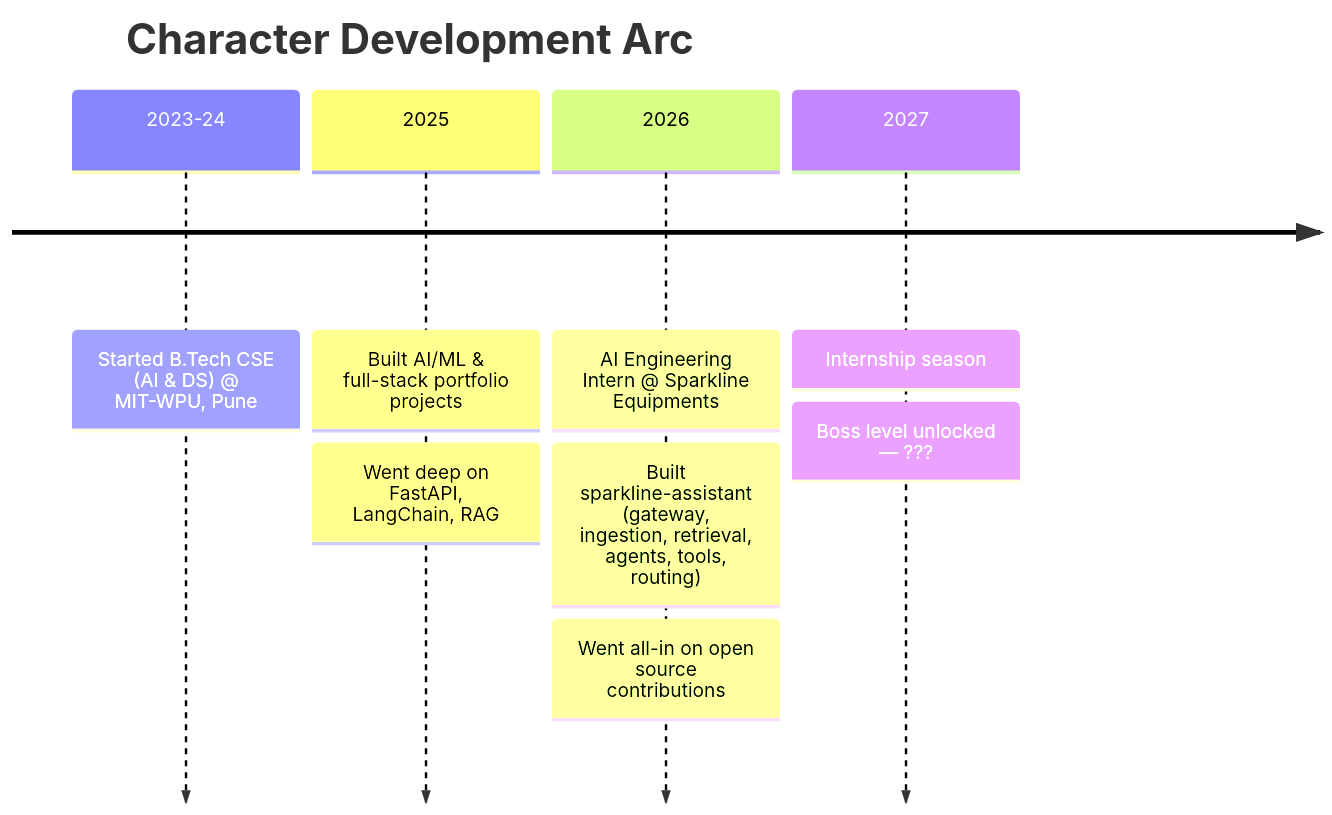
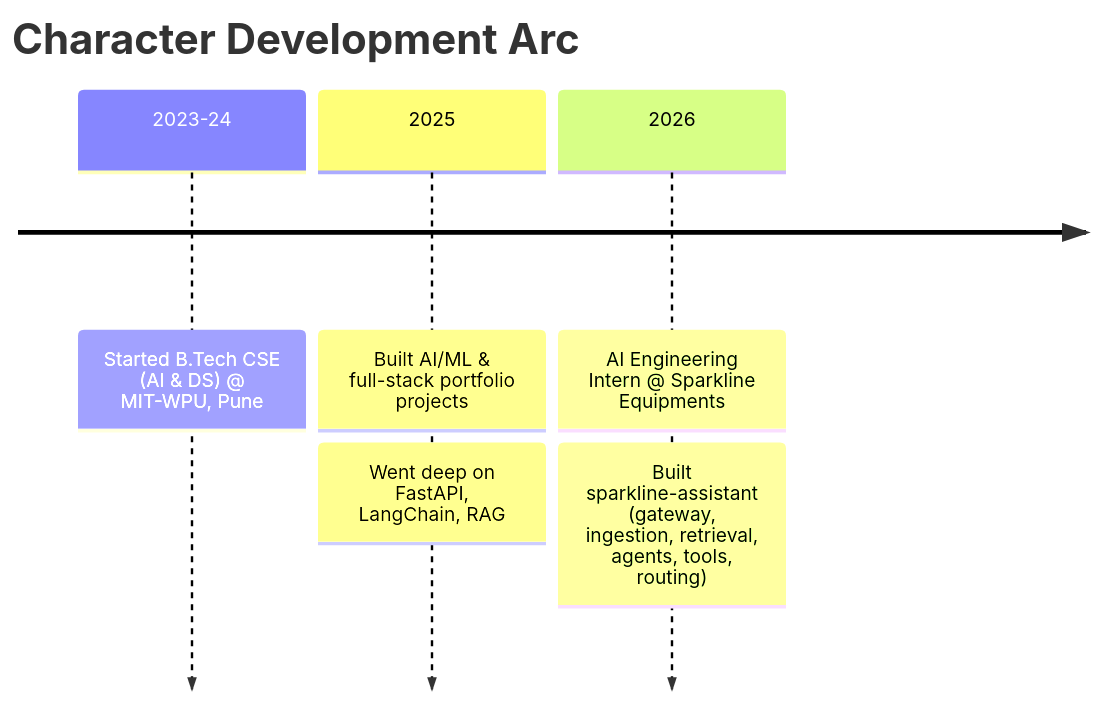
Before and after one commit to sidharth-vijayan/sidharth-vijayan: the diagram in README.md, drawn with Mermaid. The commit also changed other lines of this file, not shown here.

````diff
--- a/README.md
+++ b/README.md
@@ -30,8 +32,7 @@
 ```mermaid
 timeline
     title Character Development Arc
     2023-24 : Started B.Tech CSE (AI & DS) @ MIT-WPU, Pune
     2025 : Built AI/ML & full-stack portfolio projects : Went deep on FastAPI, LangChain, RAG
-    2026 : AI Engineering Intern @ Sparkline Equipments : Built sparkline-assistant (gateway, ingestion, retrieval, agents, tools, routing) : Went all-in on open source contributions
-    2027 : Internship season : Boss level unlocked — ???
+    2026 : AI Engineering Intern @ Sparkline Equipments : Built sparkline-assistant (gateway, ingestion, retrieval, agents, tools, routing) 
 ```
````
